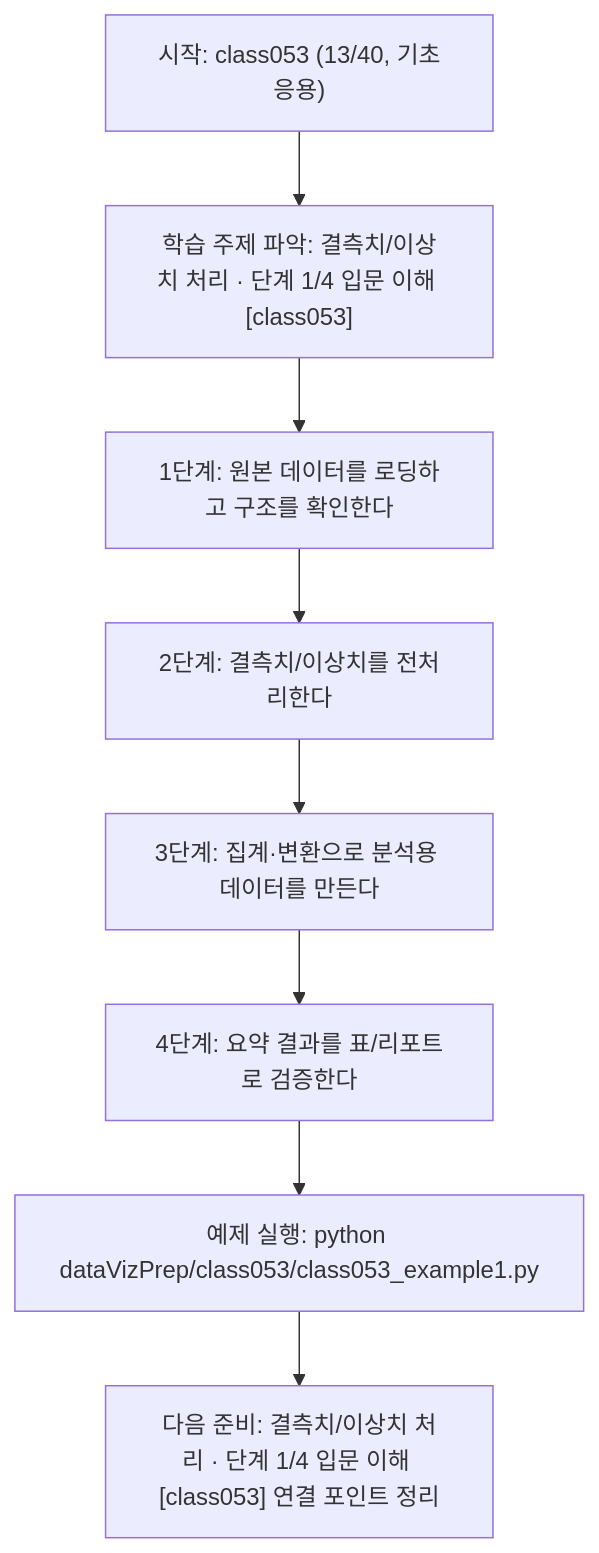
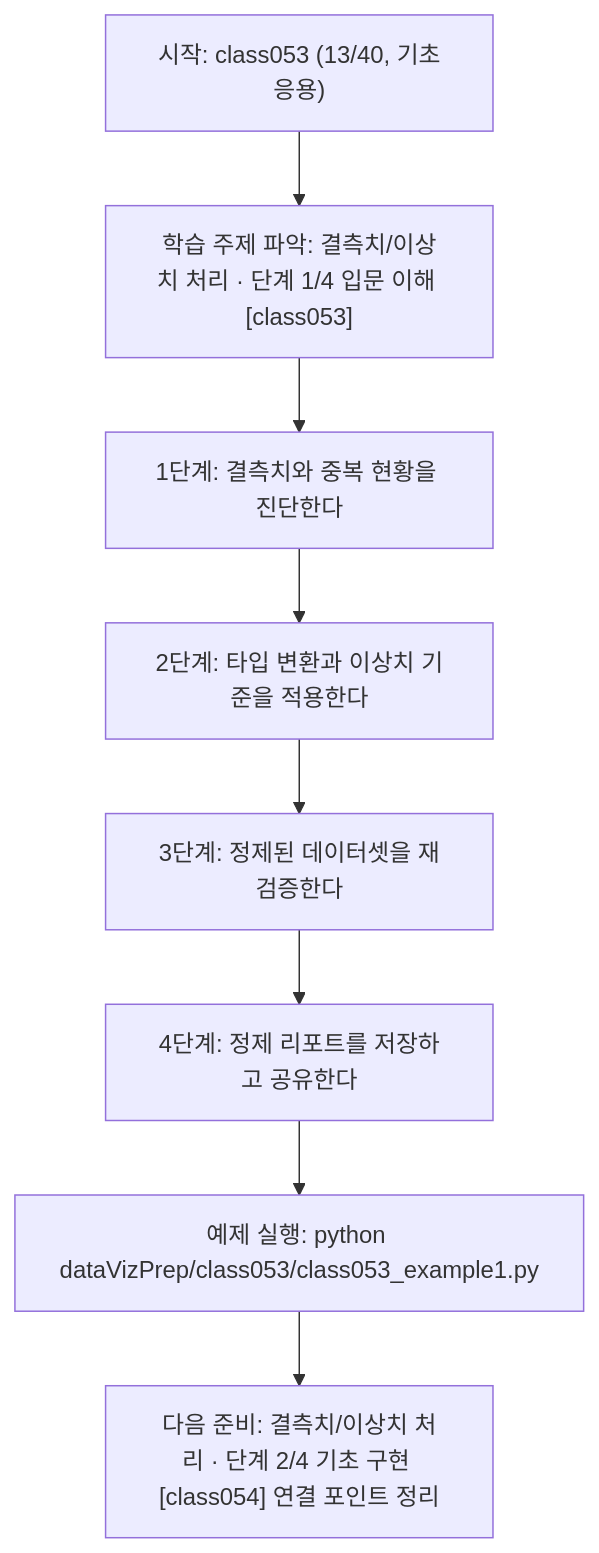
Before and after one commit to edumgt/Python-AI_Agent-Class: the diagram in dataVizPrep/class053/class053.md, drawn with Mermaid. The commit also changed other lines of this file and 283 other files, not shown here.

````diff
--- a/dataVizPrep/class053/class053.md
+++ b/dataVizPrep/class053/class053.md
@@ -111,18 +92,18 @@
 ```mermaid
 flowchart TD
 N1["시작: class053 (13/40, 기초응용)"]
 N2["학습 주제 파악: 결측치/이상치 처리 · 단계 1/4 입문 이해 [class053]"]
-N3["1단계: 원본 데이터를 로딩하고 구조를 확인한다"]
-N4["2단계: 결측치/이상치를 전처리한다"]
-N5["3단계: 집계·변환으로 분석용 데이터를 만든다"]
-N6["4단계: 요약 결과를 표/리포트로 검증한다"]
+N3["1단계: 결측치와 중복 현황을 진단한다"]
+N4["2단계: 타입 변환과 이상치 기준을 적용한다"]
+N5["3단계: 정제된 데이터셋을 재검증한다"]
+N6["4단계: 정제 리포트를 저장하고 공유한다"]
 N7["예제 실행: python dataVizPrep/class053/class053_example1.py"]
-N8["다음 준비: 결측치/이상치 처리 · 단계 1/4 입문 이해 [class053] 연결 포인트 정리"]
+N8["다음 준비: 결측치/이상치 처리 · 단계 2/4 기초 구현 [class054] 연결 포인트 정리"]
 N1 --> N2
 N2 --> N3
 N3 --> N4
 N4 --> N5
 N5 --> N6
 N6 --> N7
 N7 --> N8
 ```
````
